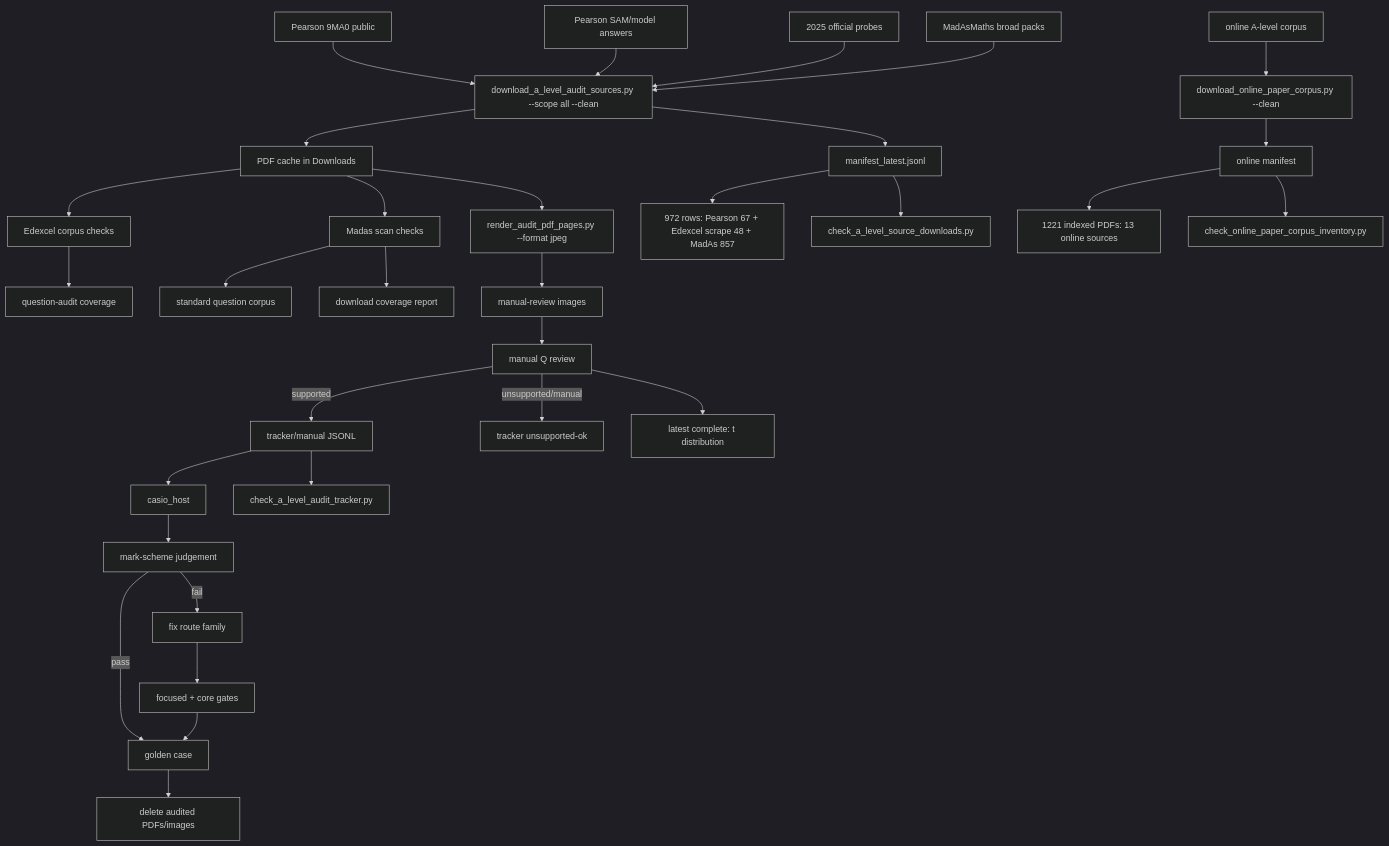
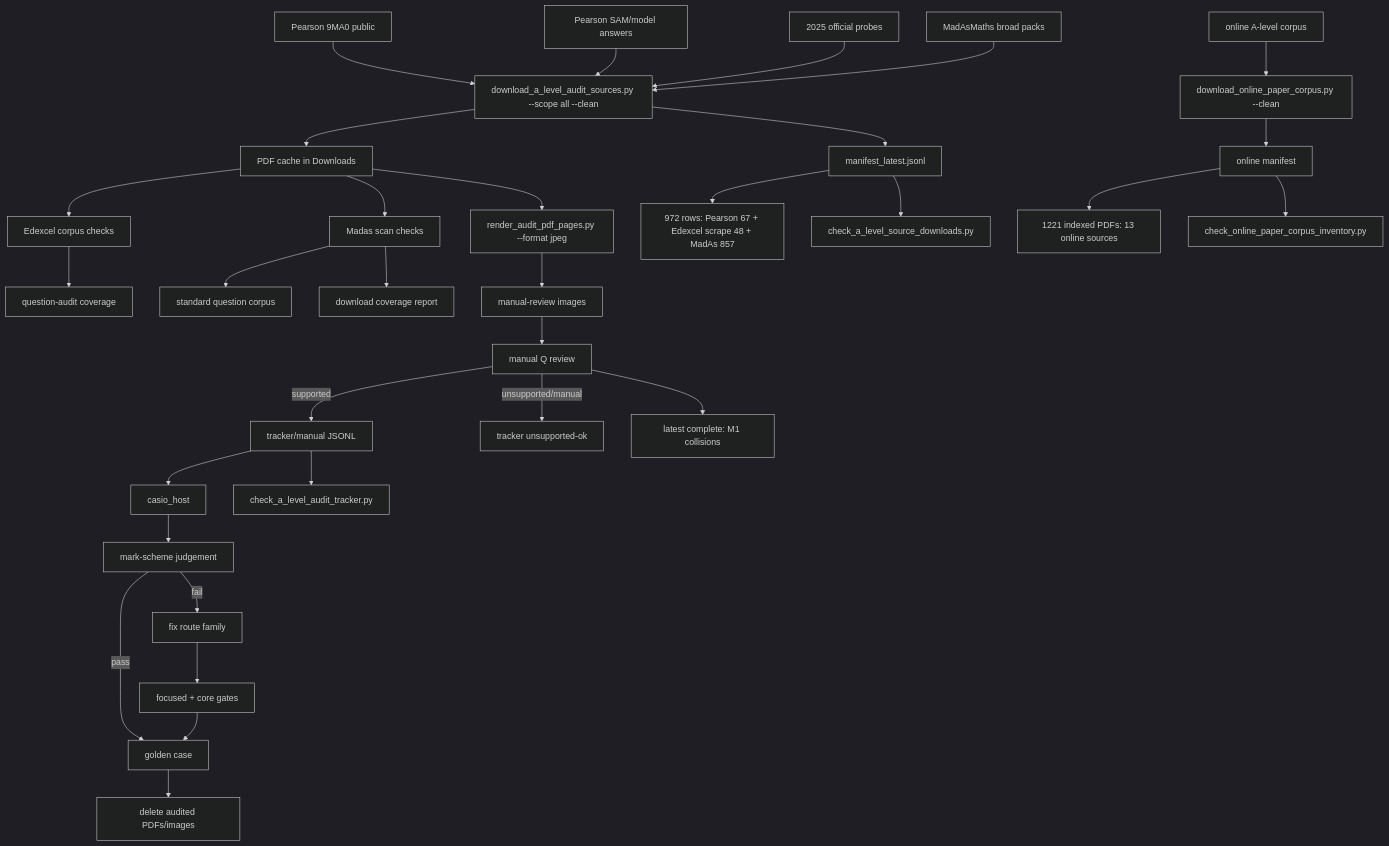
Before and after one commit to james8464/notes-addin-casio-fx-cg50: the diagram in c++/tools/golden/a_level_audit_graph.md, drawn with Mermaid (dark theme). The commit also changed other lines of this file and 2 other files, not shown here.

Commit message:
Audit M1 collisions booklet

````diff
--- a/c++/tools/golden/a_level_audit_graph.md
+++ b/c++/tools/golden/a_level_audit_graph.md
@@ -3,34 +3,34 @@
 ```mermaid
 graph TD
   E1["Pearson 9MA0 public"] --> D["download_a_level_audit_sources.py --scope all --clean"]
   E2["Pearson SAM/model answers"] --> D
   E3["2025 official probes"] --> D
   M1["MadAsMaths broad packs"] --> D
   O1["online A-level corpus"] --> OD["download_online_paper_corpus.py --clean"]
   D --> P["PDF cache in Downloads"]
   D --> X["manifest_latest.jsonl"]
   OD --> OX["online manifest"]
   X --> XC["972 rows: Pearson 67 + Edexcel scrape 48 + MadAs 857"]
   OX --> OC["1221 indexed PDFs: 13 online sources"]
   X --> V["check_a_level_source_downloads.py"]
   OX --> OV["check_online_paper_corpus_inventory.py"]
   P --> E["Edexcel corpus checks"]
   E --> EQ["question-audit coverage"]
   P --> S["Madas scan checks"]
   S --> M["standard question corpus"]
   S --> MC["download coverage report"]
   P --> R["render_audit_pdf_pages.py --format jpeg"]
   R --> I["manual-review images"]
   I --> Q["manual Q review"]
   Q -->|supported| J["tracker/manual JSONL"]
   Q -->|unsupported/manual| U["tracker unsupported-ok"]
   J --> H["casio_host"]
   J --> K["check_a_level_audit_tracker.py"]
   H --> C["mark-scheme judgement"]
   C -->|pass| G["golden case"]
   C -->|fail| F["fix route family"]
   F --> T["focused + core gates"]
   T --> G
   G --> Z["delete audited PDFs/images"]
-  Q --> Qt["latest complete: t distribution"]
+  Q --> Qt["latest complete: M1 collisions"]
 ```
````
